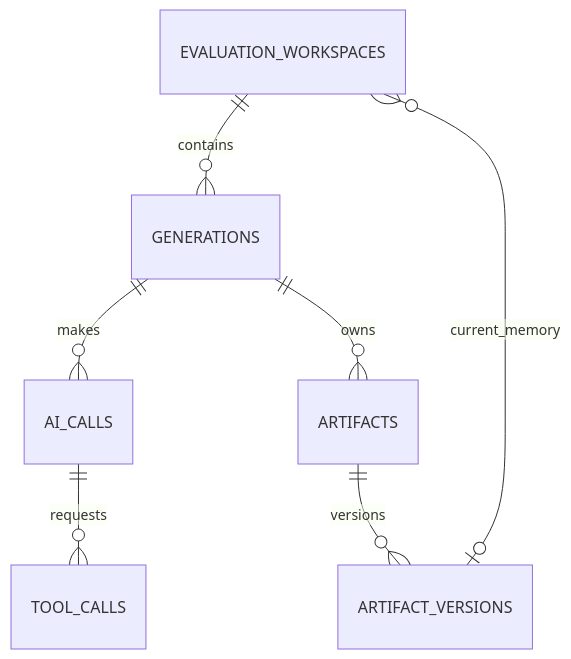
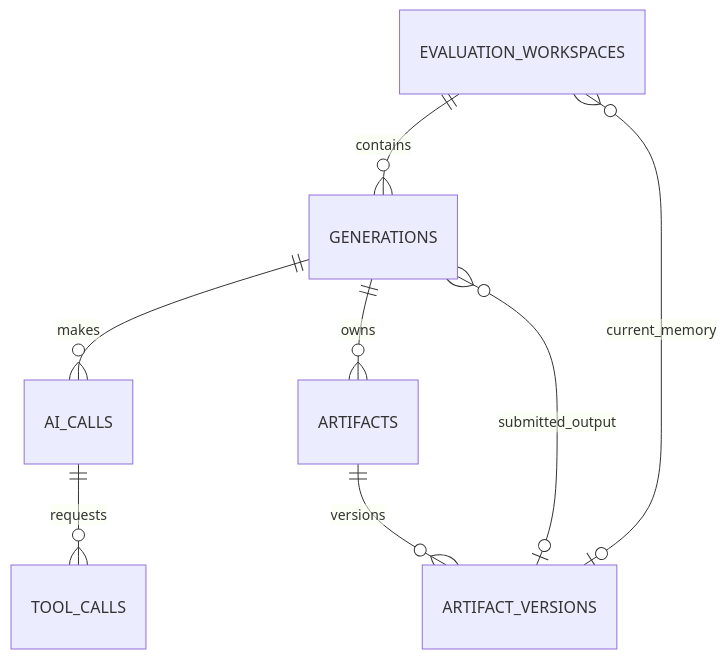
Before and after one commit to maxwn04/AIdamShefter-v2: the diagram in docs/database/reporting.md, drawn with Mermaid. The commit also changed other lines of this file and 21 other files, not shown here.

Commit message:
feat(reporting): attach submitted generation output

````diff
--- a/docs/database/reporting.md
+++ b/docs/database/reporting.md
@@ -36,9 +36,10 @@
 ```mermaid
 erDiagram
     GENERATIONS ||--o{ AI_CALLS : makes
     AI_CALLS ||--o{ TOOL_CALLS : requests
     GENERATIONS ||--o{ ARTIFACTS : owns
     ARTIFACTS ||--o{ ARTIFACT_VERSIONS : versions
+    GENERATIONS }o--o| ARTIFACT_VERSIONS : submitted_output
     EVALUATION_WORKSPACES ||--o{ GENERATIONS : contains
     EVALUATION_WORKSPACES }o--o| ARTIFACT_VERSIONS : current_memory
 ```
````
